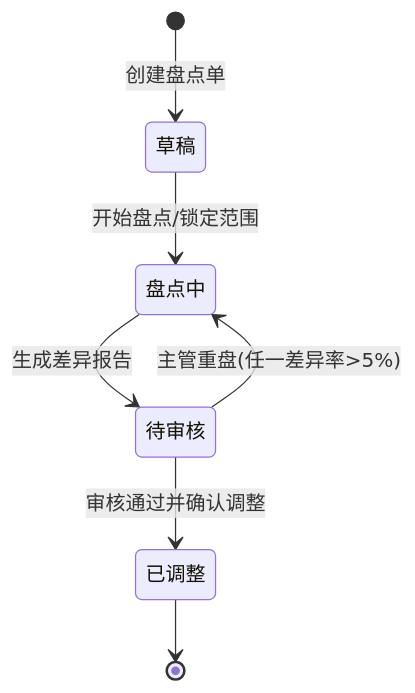
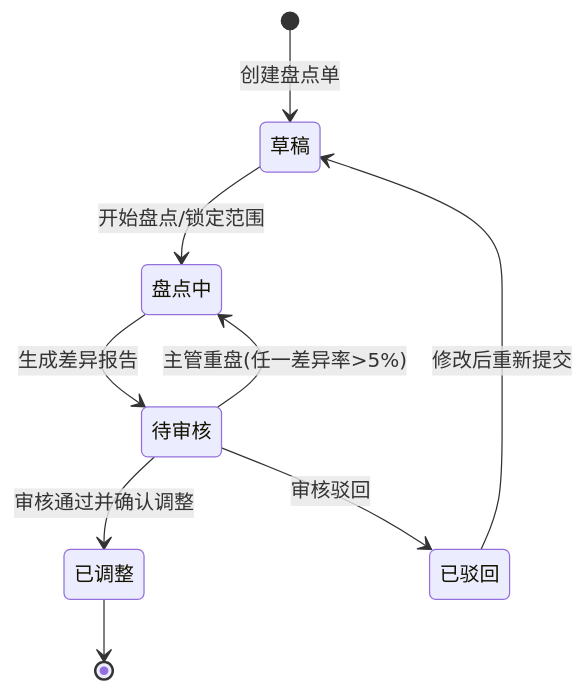
One commit to lophyJessica/forge-crm changed the diagram in prd-docs/盘点管理/盘点单/盘点单主PRD.md. Above: the diagram before and after it, drawn with Mermaid. The commit also changed other lines of this file and 40 other files, not shown here.

````diff
--- a/prd-docs/盘点管理/盘点单/盘点单主PRD.md
+++ b/prd-docs/盘点管理/盘点单/盘点单主PRD.md
@@ -73,9 +73,11 @@
 ```mermaid
 stateDiagram-v2
     [*] --> 草稿: 创建盘点单
     草稿 --> 盘点中: 开始盘点/锁定范围
     盘点中 --> 待审核: 生成差异报告
     待审核 --> 盘点中: 主管重盘(任一差异率>5%)
     待审核 --> 已调整: 审核通过并确认调整
+    待审核 --> 已驳回: 审核驳回
+    已驳回 --> 草稿: 修改后重新提交
     已调整 --> [*]
 ```
````
